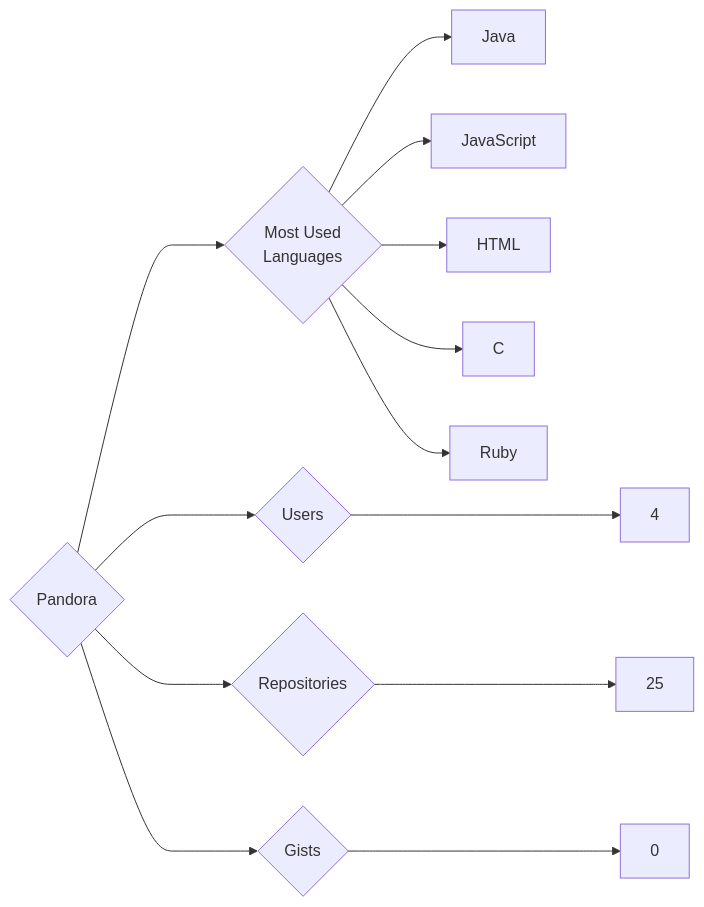
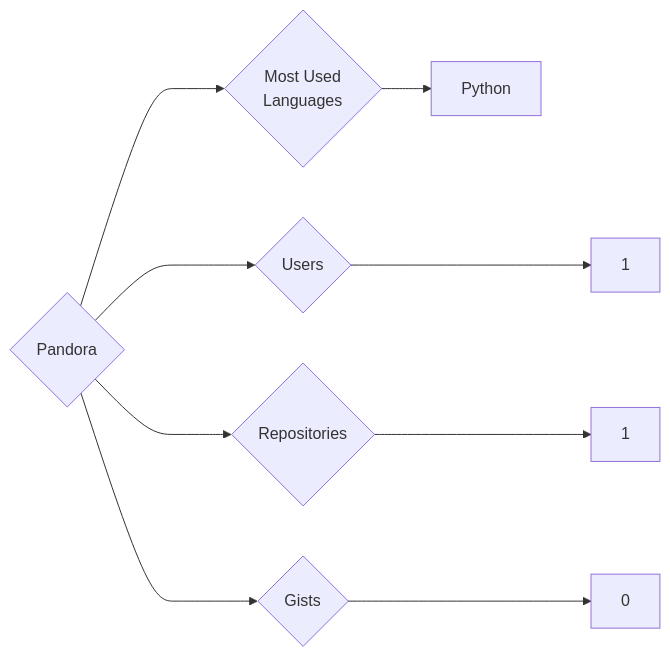
Before and after one commit to trickest/insiders: the diagram in targets/Pandora/README.md, drawn with Mermaid. The commit also changed 1389 other files, not shown here.

````diff
--- a/targets/Pandora/README.md
+++ b/targets/Pandora/README.md
@@ -3,13 +3,9 @@
 ```mermaid
 graph LR
 COMPANY_NAME{Pandora}
-COMPANY_NAME ---> U{Users} ---> UN[4]
-COMPANY_NAME ---> R{Repositories} ---> RN[25]
+COMPANY_NAME ---> U{Users} ---> UN[1]
+COMPANY_NAME ---> R{Repositories} ---> RN[1]
 COMPANY_NAME ---> G{Gists} ---> GN[0]
 COMPANY_NAME ---> ML{Most Used<br>Languages}
-ML --> Java[Java]
-ML --> JavaScript[JavaScript]
-ML --> HTML[HTML]
-ML --> C[C]
-ML --> Ruby[Ruby]
+ML --> Python[Python]
 ```
````
